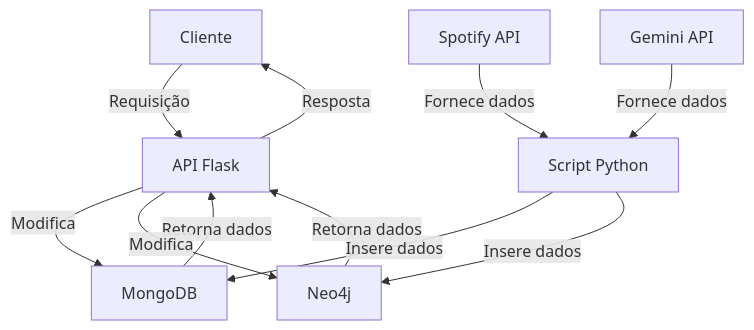
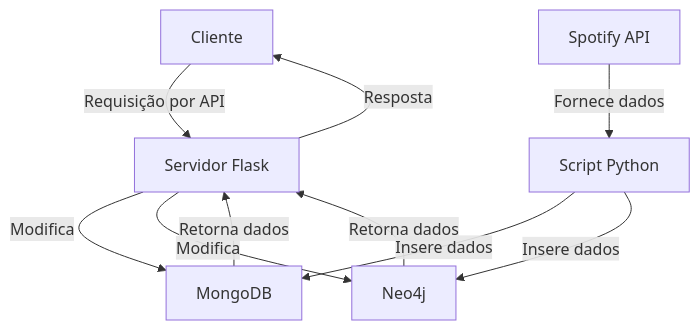
The diagram in README.md (vinciuscastro/UFSCar-CC-So-PMD2025-Grupo3), drawn with Mermaid before and after one commit. The commit also changed other lines of this file, not shown here.

````diff
--- a/README.md
+++ b/README.md
@@ -58,18 +81,16 @@
 ```mermaid
 flowchart TB
-    A[Cliente] -->|Requisição| B[API Flask]
+    A[Cliente] -->|Requisição por API| B[Servidor Flask]
     B -->|Resposta| A
 
     B -->|Modifica| C[MongoDB]
     C -->|Retorna dados| B
     
     B -->|Modifica| D[Neo4j]
     D -->|Retorna dados| B
 
     E[Spotify API] -->|Fornece dados| F[Script Python]
 
-    G[Gemini API] -->|Fornece dados| F[Script Python]
-
     F[Script Python] -->|Insere dados| C
     F[Script Python] -->|Insere dados| D
 ```
````
